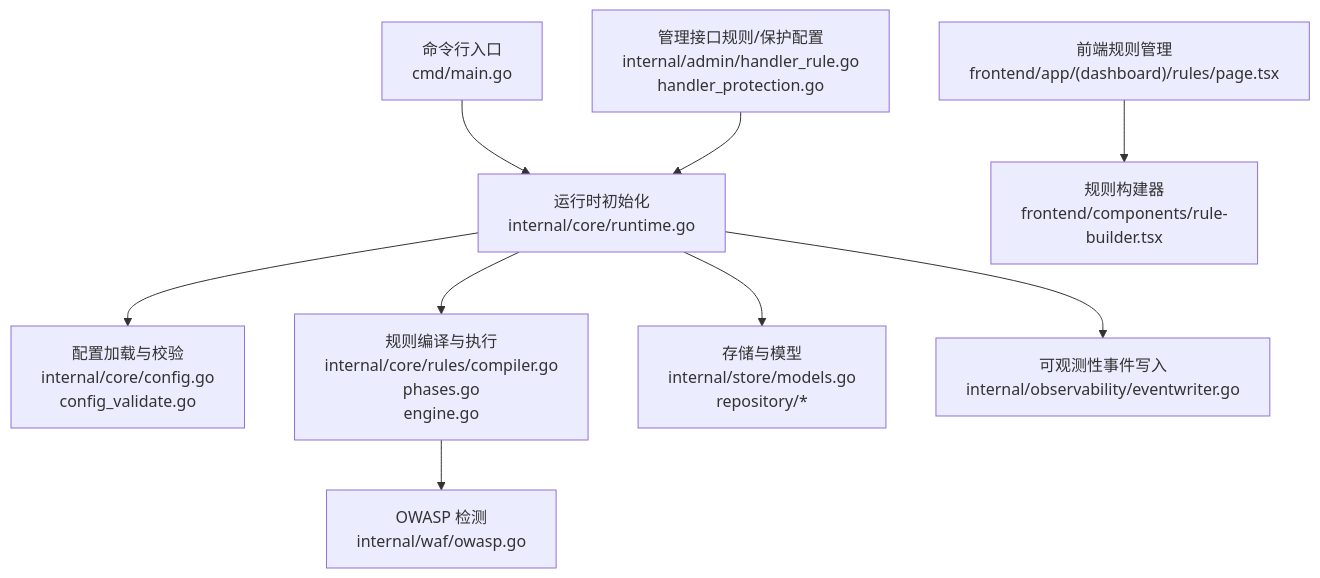
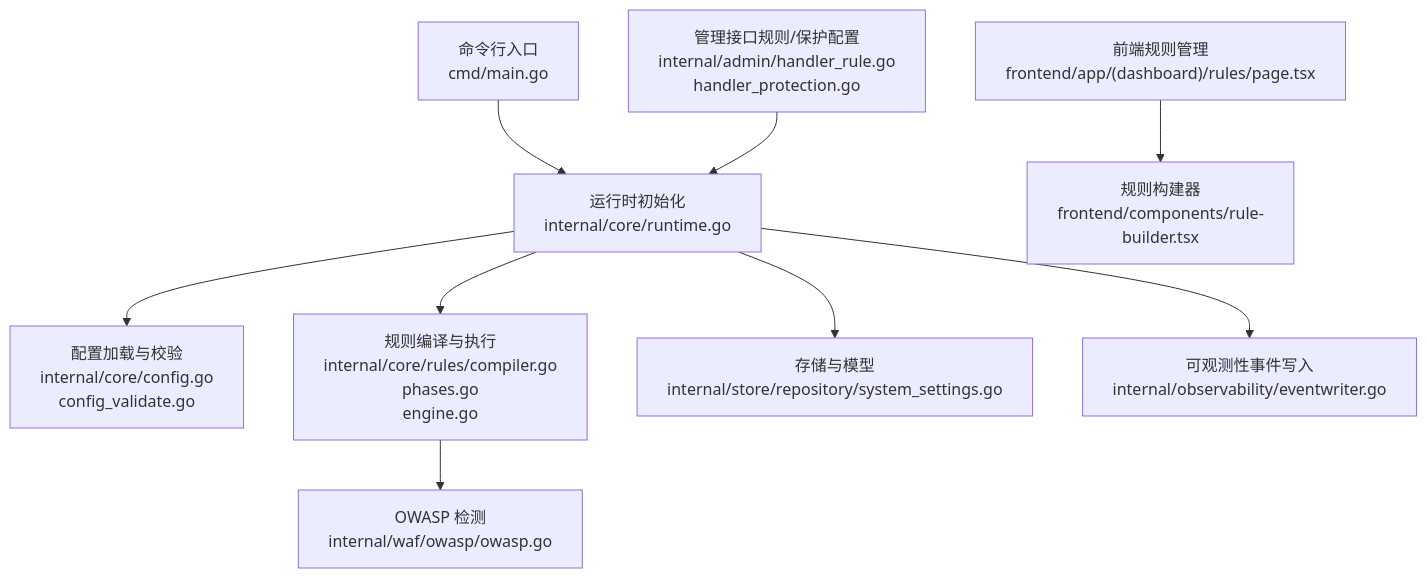
One commit to x01n/My-OpenWaf changed the first of 8 diagrams in docs/安全防护功能/OWASP 检测/配置与管理.md. Above: the diagram before and after it, drawn with Mermaid. The commit also changed other lines of this file and 199 other files, not shown here.

````diff
--- a/docs/安全防护功能/OWASP 检测/配置与管理.md
+++ b/docs/安全防护功能/OWASP 检测/配置与管理.md
@@ -46,11 +46,11 @@
 ```mermaid
 graph TB
 A["命令行入口<br/>cmd/main.go"] --> B["运行时初始化<br/>internal/core/runtime.go"]
 B --> C["配置加载与校验<br/>internal/core/config.go<br/>config_validate.go"]
 B --> D["规则编译与执行<br/>internal/core/rules/compiler.go<br/>phases.go<br/>engine.go"]
-D --> E["OWASP 检测<br/>internal/waf/owasp.go"]
-B --> F["存储与模型<br/>internal/store/models.go<br/>repository/*"]
+D --> E["OWASP 检测<br/>internal/waf/owasp/owasp.go"]
+B --> F["存储与模型<br/>internal/store/repository/system_settings.go"]
 B --> G["可观测性事件写入<br/>internal/observability/eventwriter.go"]
 H["前端规则管理<br/>frontend/app/(dashboard)/rules/page.tsx"] --> I["规则构建器<br/>frontend/components/rule-builder.tsx"]
 J["管理接口规则/保护配置<br/>internal/admin/handler_rule.go<br/>handler_protection.go"] --> B
 ```
````
